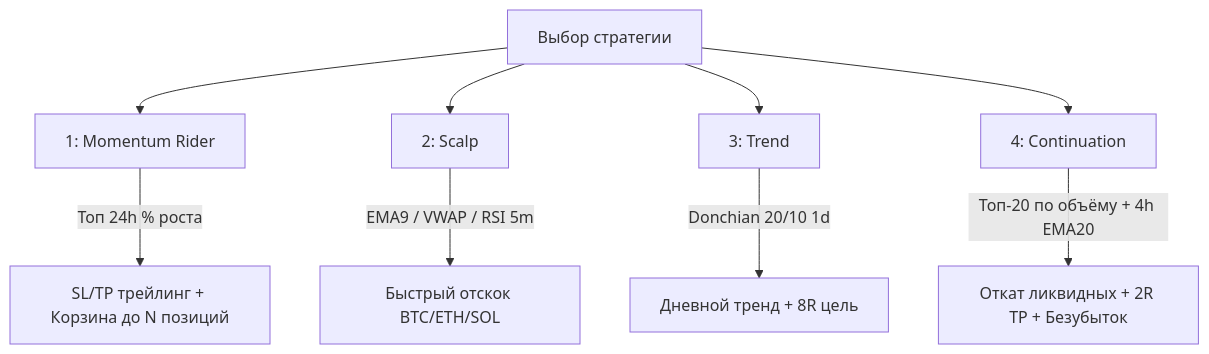
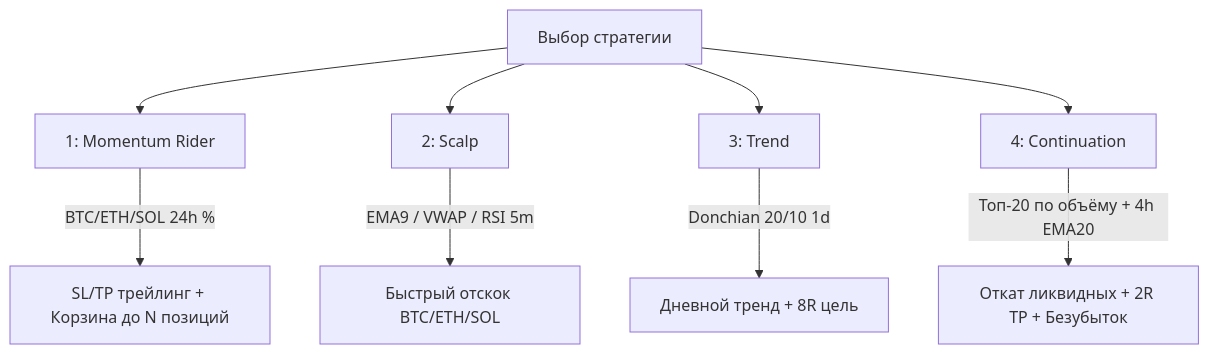
The diagram in README.md (Nixter77/TUI_bot_RUST), drawn with Mermaid before and after one commit. The commit also changed other lines of this file and 24 other files, not shown here.

````diff
--- a/README.md
+++ b/README.md
@@ -238,12 +238,12 @@
 ```mermaid
 graph TD
     A[Выбор стратегии] --> S1[1: Momentum Rider]
     A --> S2[2: Scalp]
     A --> S3[3: Trend]
     A --> S4[4: Continuation]
 
-    S1 --> |Топ 24h % роста| S1_Exec[SL/TP трейлинг + Корзина до N позиций]
+    S1 --> |BTC/ETH/SOL 24h %| S1_Exec[SL/TP трейлинг + Корзина до N позиций]
     S2 --> |EMA9 / VWAP / RSI 5m| S2_Exec[Быстрый отскок BTC/ETH/SOL]
     S3 --> |Donchian 20/10 1d| S3_Exec[Дневной тренд + 8R цель]
     S4 --> |Топ-20 по объёму + 4h EMA20| S4_Exec[Откат ликвидных + 2R TP + Безубыток]
 ```
````
